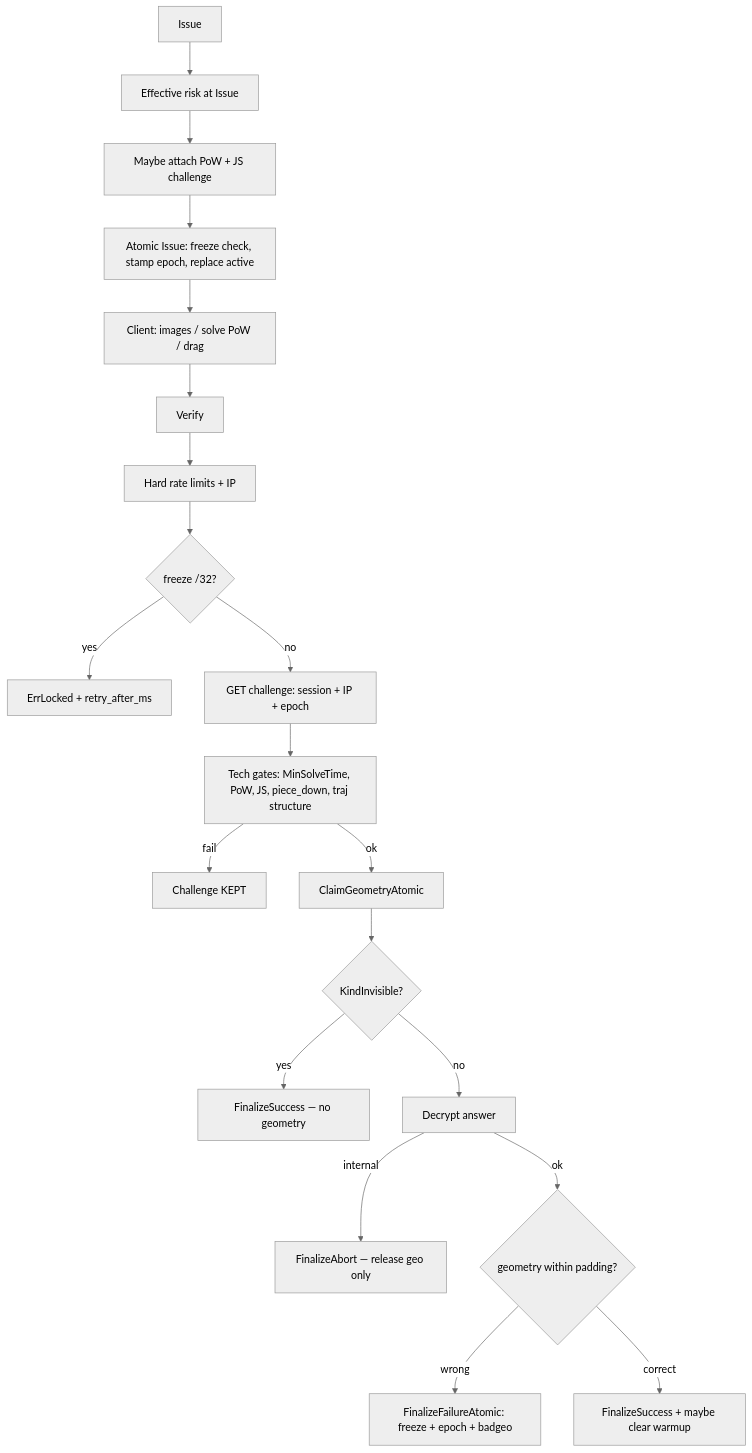
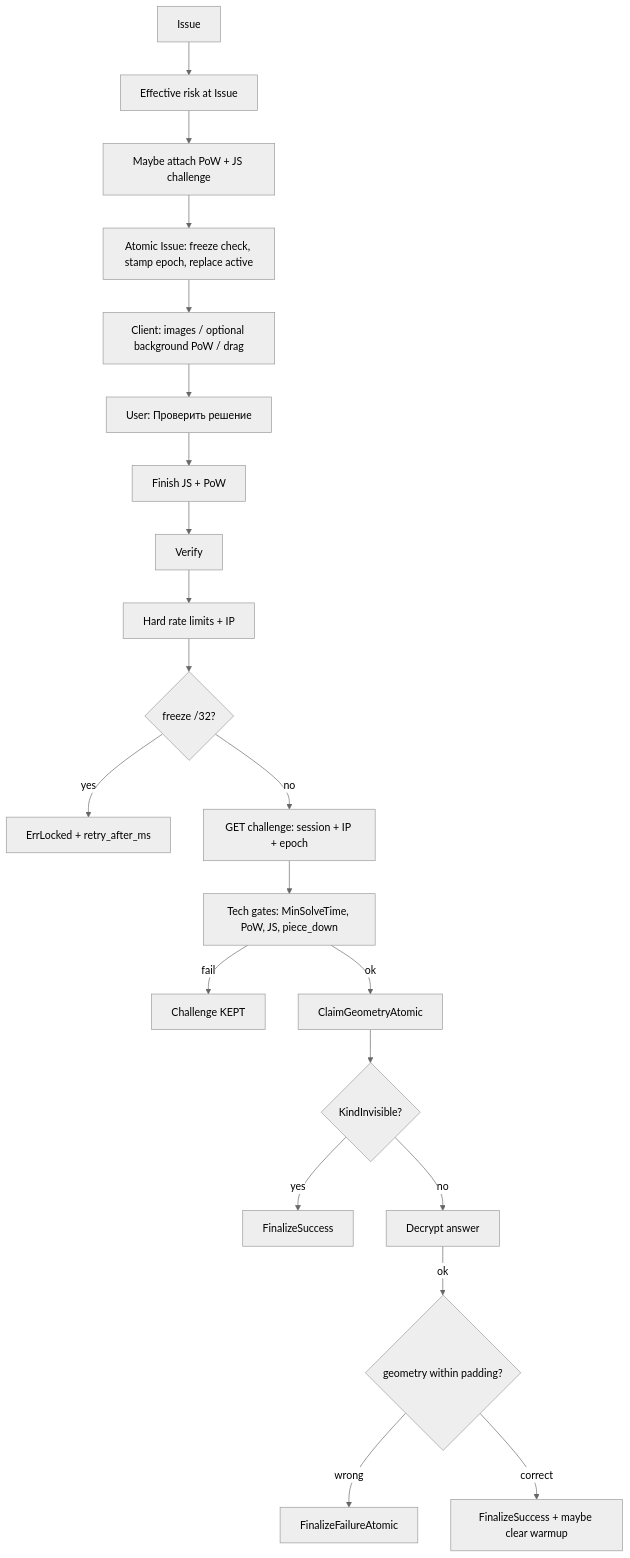
Before and after one commit to feerichnii/go-captcha: the fourth of 4 diagrams in v2/antibot/README.md, drawn with Mermaid (neutral theme). The commit also changed other lines of this file and 1 other file, not shown here.

First line of the commit message:
docs: draw AntiBot architecture and issue-first verify flow

````diff
--- a/v2/antibot/README.md
+++ b/v2/antibot/README.md
@@ -49,23 +156,23 @@
 ```mermaid
 flowchart TD
   issue[Issue] --> risk[Effective risk at Issue]
   risk --> pow[Maybe attach PoW + JS challenge]
   pow --> store[Atomic Issue: freeze check, stamp epoch, replace active]
-  store --> client[Client: images / solve PoW / drag]
-
-  client --> verify[Verify]
+  store --> client[Client: images / optional background PoW / drag]
+  client --> verifyClick[User: Проверить решение]
+  verifyClick --> finishTech[Finish JS + PoW]
+  finishTech --> verify[Verify]
   verify --> rl[Hard rate limits + IP]
   rl --> frz{freeze /32?}
   frz -->|yes| locked[ErrLocked + retry_after_ms]
   frz -->|no| bind[GET challenge: session + IP + epoch]
-  bind --> tech[Tech gates: MinSolveTime, PoW, JS, piece_down, traj structure]
+  bind --> tech[Tech gates: MinSolveTime, PoW, JS, piece_down]
   tech -->|fail| keep[Challenge KEPT]
   tech -->|ok| claim[ClaimGeometryAtomic]
   claim --> inv{KindInvisible?}
-  inv -->|yes| okInv[FinalizeSuccess — no geometry]
+  inv -->|yes| okInv[FinalizeSuccess]
   inv -->|no| dec[Decrypt answer]
-  dec -->|internal| abort[FinalizeAbort — release geo only]
   dec -->|ok| geo{geometry within padding?}
-  geo -->|wrong| fail[FinalizeFailureAtomic: freeze + epoch + badgeo]
+  geo -->|wrong| fail[FinalizeFailureAtomic]
   geo -->|correct| ok[FinalizeSuccess + maybe clear warmup]
 ```
````
